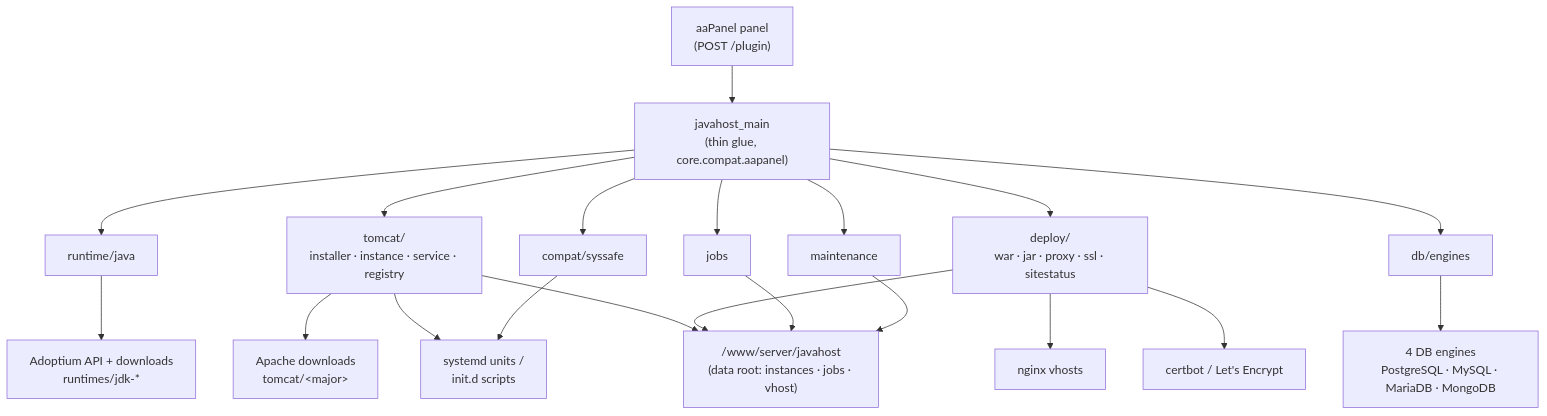
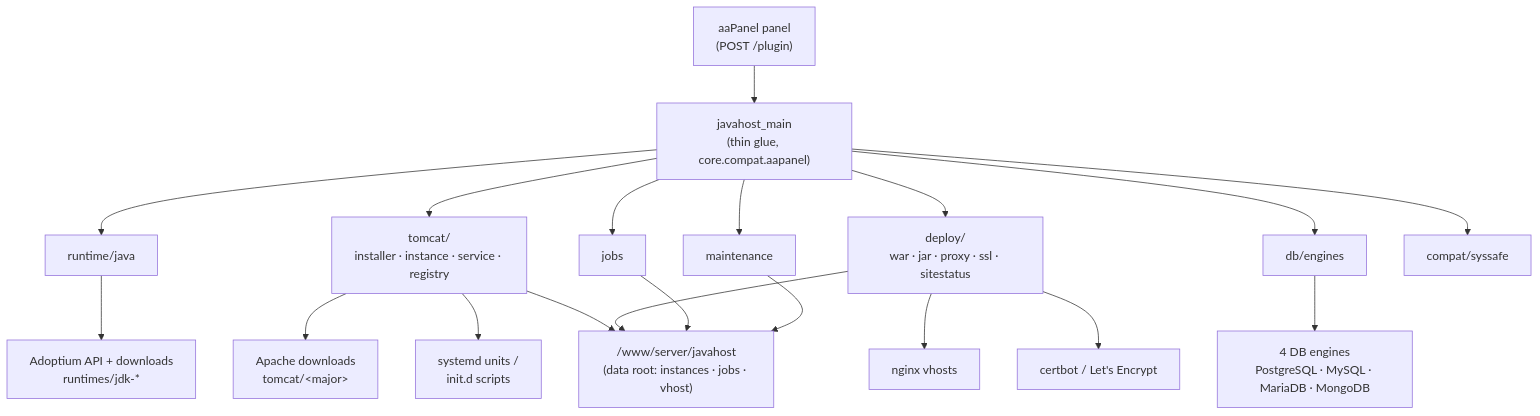
One commit to yashodhank/aaPanel-tomcat-plugin changed the first of 4 diagrams in docs/architecture.md. Above: the diagram before and after it, drawn with Mermaid. The commit also changed other lines of this file and 9 other files, not shown here.

````diff
--- a/docs/architecture.md
+++ b/docs/architecture.md
@@ -101,25 +101,24 @@
 ```mermaid
 flowchart TD
     panel["aaPanel panel<br/>(POST /plugin)"] --> main["javahost_main<br/>(thin glue, core.compat.aapanel)"]
 
     main --> runtime["runtime/java"]
     main --> tomcat["tomcat/<br/>installer · instance · service · registry"]
     main --> deploy["deploy/<br/>war · jar · proxy · ssl · sitestatus"]
     main --> db["db/engines"]
     main --> jobs["jobs"]
     main --> maint["maintenance"]
     main --> syssafe["compat/syssafe"]
 
     runtime --> adoptium["Adoptium API + downloads<br/>runtimes/jdk-*"]
     tomcat --> apache["Apache downloads<br/>tomcat/&lt;major&gt;"]
     tomcat --> units["systemd units /<br/>init.d scripts"]
     instanceData["/www/server/javahost<br/>(data root: instances · jobs · vhost)"]
     tomcat --> instanceData
     deploy --> nginx["nginx vhosts"]
     deploy --> certbot["certbot / Let's Encrypt"]
     deploy --> instanceData
     db --> engines["4 DB engines<br/>PostgreSQL · MySQL · MariaDB · MongoDB"]
     jobs --> instanceData
     maint --> instanceData
-    syssafe --> units
 ```
````
